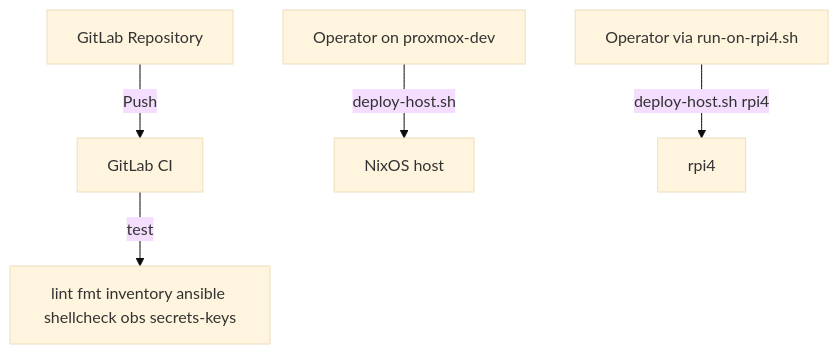
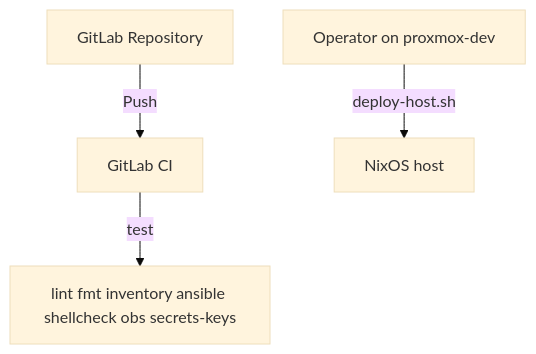
The diagram in docs/deployments.md (alexthemayers/nixos-fleet), drawn with Mermaid (base theme) before and after one commit. The commit also changed other lines of this file and 61 other files, not shown here.

````diff
--- a/docs/deployments.md
+++ b/docs/deployments.md
@@ -17,7 +18,6 @@
 ```mermaid
 graph TD
     GitLab[GitLab Repository] -->|Push| CI[GitLab CI]
     CI -->|test| Gate[lint fmt inventory ansible shellcheck obs secrets-keys]
     Op[Operator on proxmox-dev] -->|deploy-host.sh| Host[NixOS host]
-    OpPi[Operator via run-on-rpi4.sh] -->|deploy-host.sh rpi4| Pi[rpi4]
 ```
````
